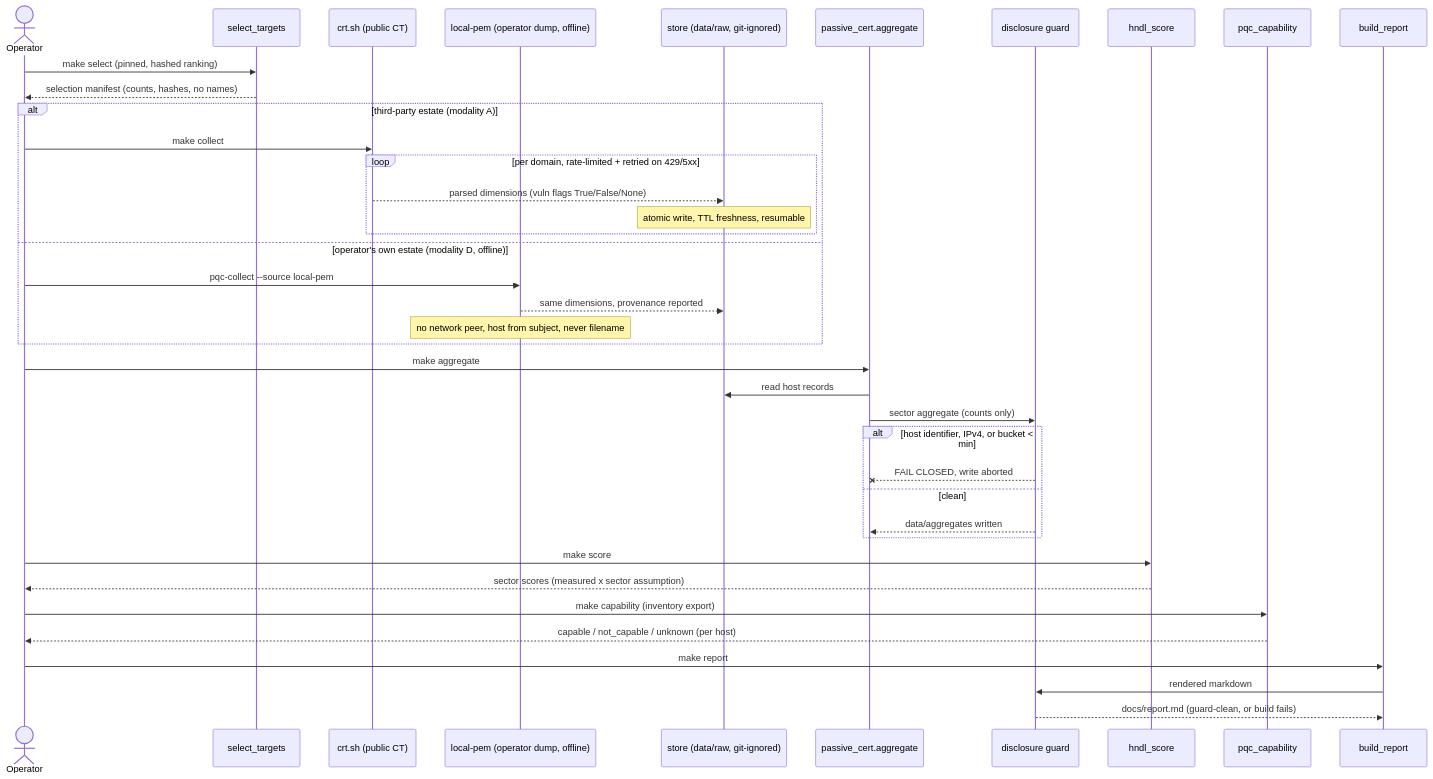
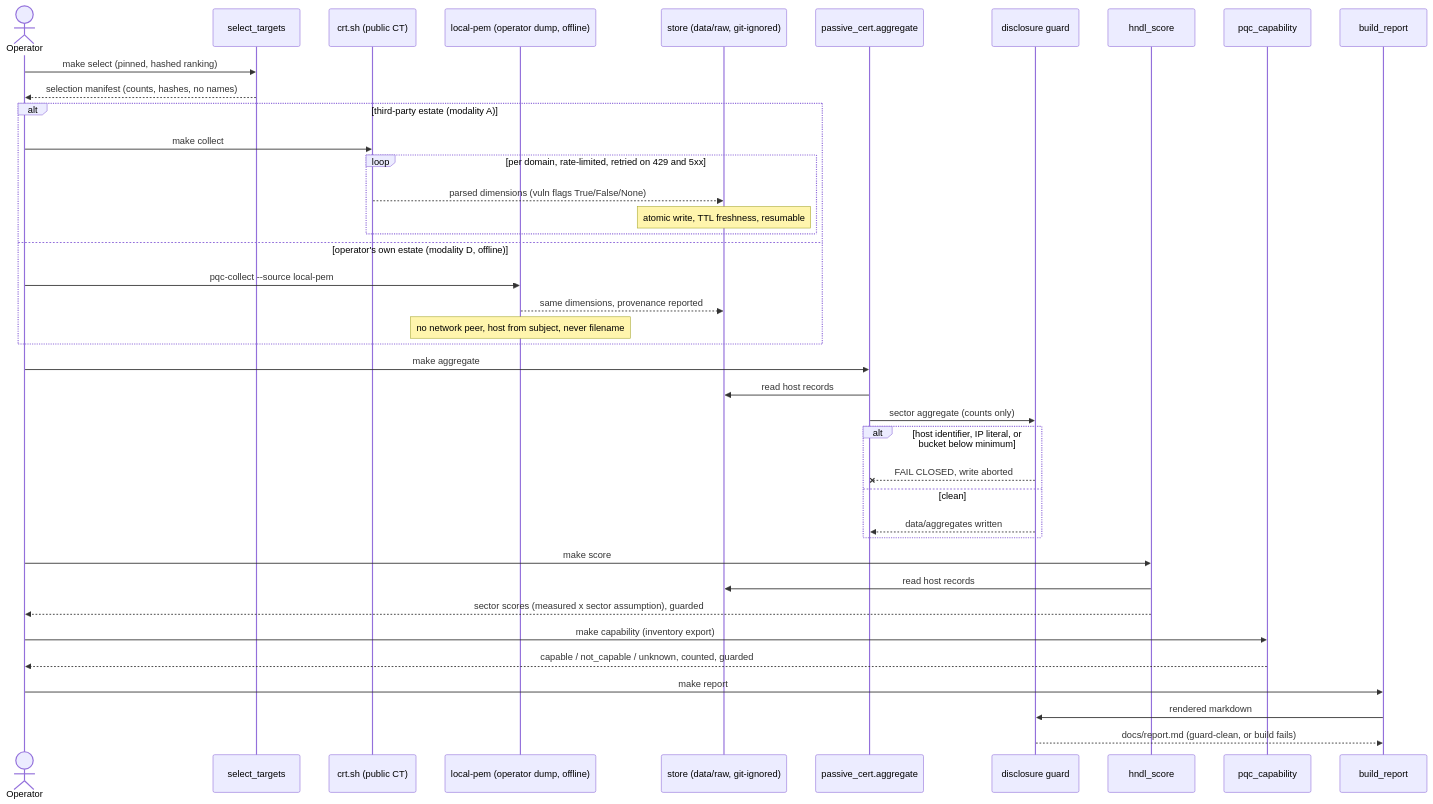
Before and after one commit to jerzy99jerzy/pqc-crypto-agility-assessment: the second of 2 diagrams in README.md, drawn with Mermaid. The commit also changed other lines of this file and 16 other files, not shown here.

````diff
--- a/README.md
+++ b/README.md
@@ -160,47 +190,48 @@
 ```mermaid
 sequenceDiagram
     actor Op as Operator
     participant SEL as select_targets
     participant CT as crt.sh (public CT)
     participant PEM as local-pem (operator dump, offline)
     participant ST as store (data/raw, git-ignored)
     participant AGG as passive_cert.aggregate
     participant G as disclosure guard
     participant SC as hndl_score
     participant CAP as pqc_capability
     participant REP as build_report
 
     Op->>SEL: make select (pinned, hashed ranking)
     SEL-->>Op: selection manifest (counts, hashes, no names)
 
     alt third-party estate (modality A)
         Op->>CT: make collect
-        loop per domain, rate-limited + retried on 429/5xx
+        loop per domain, rate-limited, retried on 429 and 5xx
             CT-->>ST: parsed dimensions (vuln flags True/False/None)
             Note over ST: atomic write, TTL freshness, resumable
         end
     else operator's own estate (modality D, offline)
         Op->>PEM: pqc-collect --source local-pem
         PEM-->>ST: same dimensions, provenance reported
         Note over PEM: no network peer, host from subject, never filename
     end
 
     Op->>AGG: make aggregate
     AGG->>ST: read host records
     AGG->>G: sector aggregate (counts only)
-    alt host identifier, IPv4, or bucket < min
+    alt host identifier, IP literal, or bucket below minimum
         G--xAGG: FAIL CLOSED, write aborted
     else clean
         G-->>AGG: data/aggregates written
     end
 
     Op->>SC: make score
-    SC-->>Op: sector scores (measured x sector assumption)
+    SC->>ST: read host records
+    SC-->>Op: sector scores (measured x sector assumption), guarded
 
     Op->>CAP: make capability (inventory export)
-    CAP-->>Op: capable / not_capable / unknown (per host)
+    CAP-->>Op: capable / not_capable / unknown, counted, guarded
 
     Op->>REP: make report
     REP->>G: rendered markdown
     G-->>REP: docs/report.md (guard-clean, or build fails)
 ```
````
